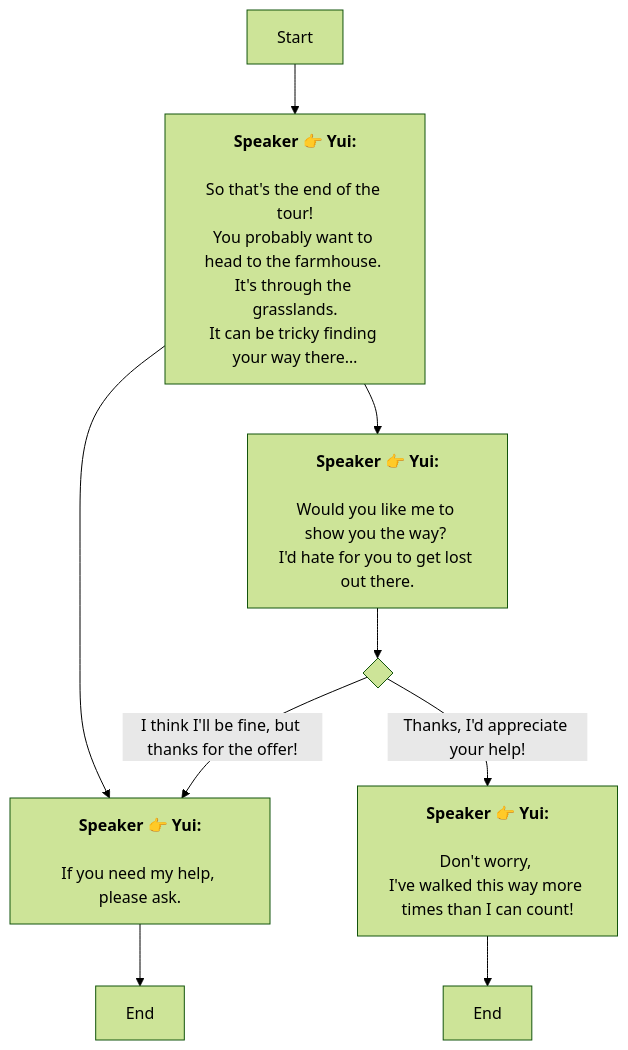
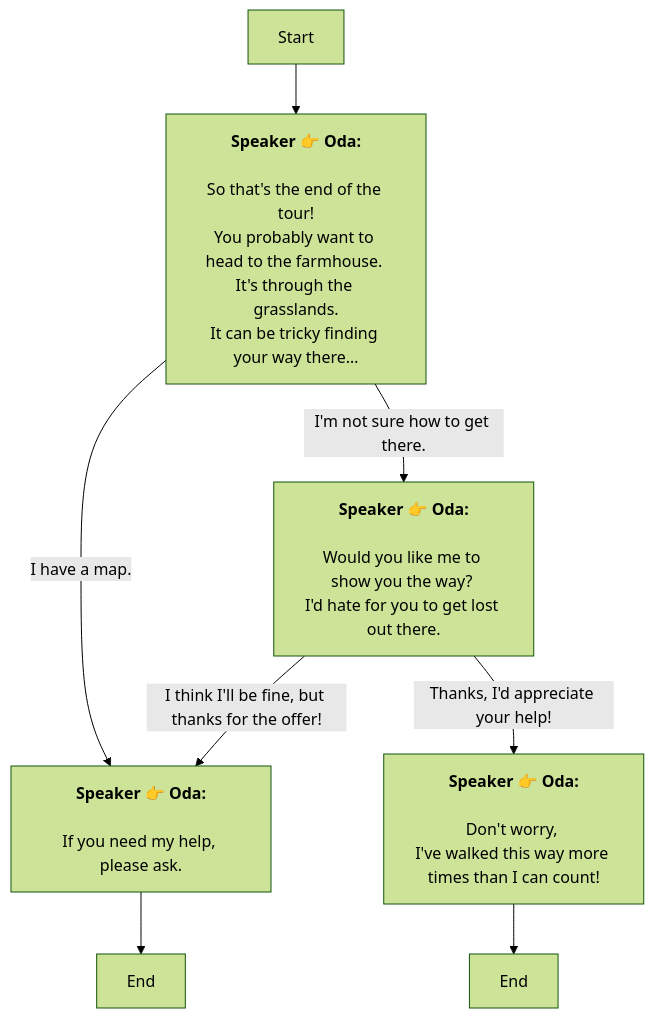
Before and after one commit to SoftHu/tos_avg: the diagram in En/QuestTalkObjectiveNode_1769048883538942.md, drawn with Mermaid (forest theme). The commit also changed 737 other files, not shown here.

````diff
--- a/En/QuestTalkObjectiveNode_1769048883538942.md
+++ b/En/QuestTalkObjectiveNode_1769048883538942.md
@@ -1,27 +1,20 @@
 ```mermaid
 graph
-Start -->1769050262161410[<b>Speaker 👉 Yui:</b>
-
-So that's the end of the tour!
-You probably want to head to the farmhouse. 
+Start -->1769050262161410[<b>Speaker 👉 Oda:</b>
+\nSo that's the end of the tour!\nYou probably want to head to the farmhouse. 
 It's through the grasslands.
 It can be tricky finding your way there…]
-1769050262161410 -->1769050610127886[<b>Speaker 👉 Yui:</b>
-
-If you need my help, please ask.]
-1769050262161410 -->1769050625885199[<b>Speaker 👉 Yui:</b>
-
-Would you like me to show you the way? 
+1769050262161410 -->|I have a map.|1769050610127886[<b>Speaker 👉 Oda:</b>
+\nIf you need my help, please ask.]
+1769050262161410 -->|I'm not sure how to get there.|1769050625885199[<b>Speaker 👉 Oda:</b>
+\nWould you like me to show you the way? 
 I'd hate for you to get lost out there.]
 1769050610127886 -->1769050601996301[End]
-1769050625885199 -->1769050660498452{ }
-1769050660498452 -->|I think I'll be fine, but thanks for the offer!|1769050610127886[<b>Speaker 👉 Yui:</b>
-
-If you need my help, please ask.]
-1769050660498452 -->|Thanks, I'd appreciate your help!|1769050685433877[<b>Speaker 👉 Yui:</b>
-
-Don't worry, 
+1769050625885199 -->|I think I'll be fine, but thanks for the offer!|1769050610127886[<b>Speaker 👉 Oda:</b>
+\nIf you need my help, please ask.]
+1769050625885199 -->|Thanks, I'd appreciate your help!|1769050685433877[<b>Speaker 👉 Oda:</b>
+\nDon't worry, 
 I've walked this way more times than I can count!]
 1769050685433877 -->1769050691065878[End]
 
- ```
+```
````
